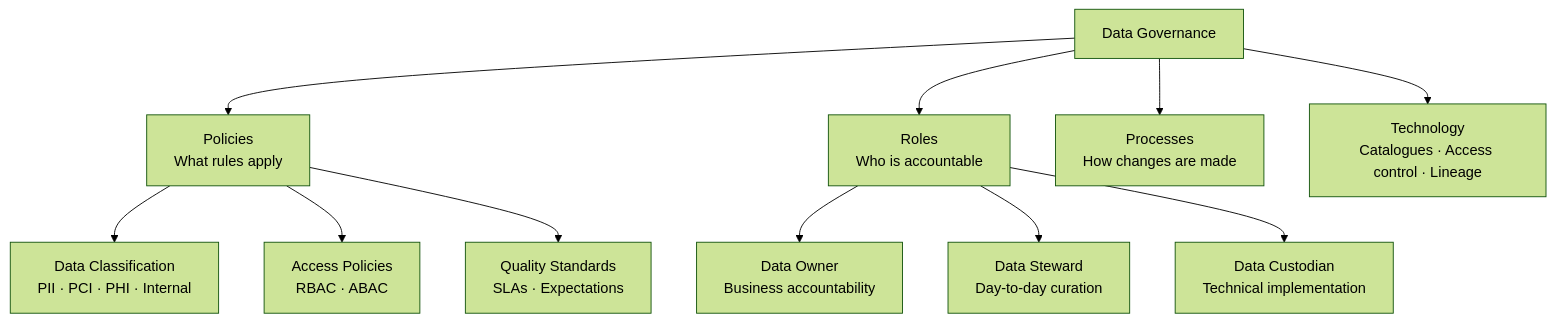
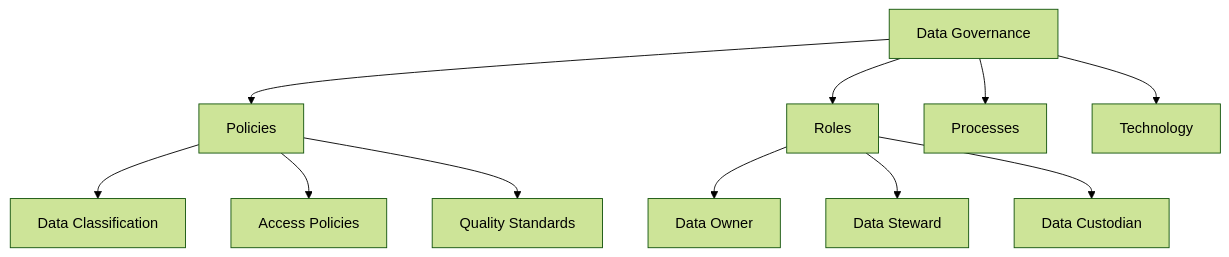
The diagram in 03-governance/01-what-is-data-governance.md (gcmishra7/data-engineering-helper), drawn with Mermaid (forest theme) before and after one commit. The commit also changed other lines of this file and 57 other files, not shown here.

First line of the commit message:
Shorten mermaid node labels to fix text truncation on GitHub

````diff
--- a/03-governance/01-what-is-data-governance.md
+++ b/03-governance/01-what-is-data-governance.md
@@ -10,15 +10,15 @@
 ```mermaid
 graph TD
-    G[Data Governance] --> P[Policies<br/>What rules apply]
-    G --> R[Roles<br/>Who is accountable]
-    G --> Pro[Processes<br/>How changes are made]
-    G --> T[Technology<br/>Catalogues · Access control · Lineage]
+    G[Data Governance] --> P[Policies]
+    G --> R[Roles]
+    G --> Pro[Processes]
+    G --> T[Technology]
 
-    P --> D[Data Classification<br/>PII · PCI · PHI · Internal]
-    P --> A[Access Policies<br/>RBAC · ABAC]
-    P --> Q[Quality Standards<br/>SLAs · Expectations]
+    P --> D[Data Classification]
+    P --> A[Access Policies]
+    P --> Q[Quality Standards]
 
-    R --> O[Data Owner<br/>Business accountability]
-    R --> S[Data Steward<br/>Day-to-day curation]
-    R --> C[Data Custodian<br/>Technical implementation]
+    R --> O[Data Owner]
+    R --> S[Data Steward]
+    R --> C[Data Custodian]
 ```
````
